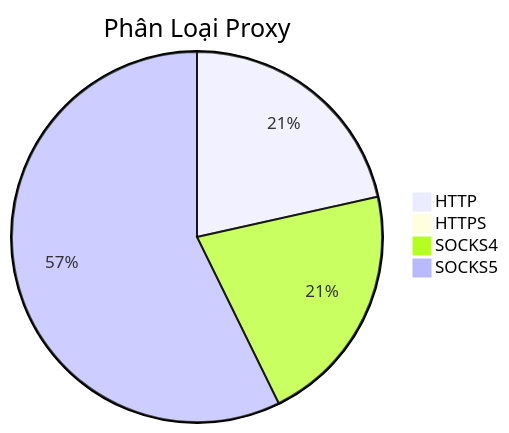
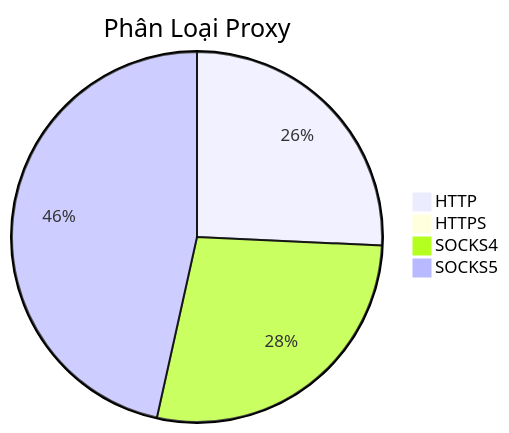
One commit to Ciara-Aa/PROXY-free changed the diagram in README.md. Above: the diagram before and after it, drawn with Mermaid. The commit also changed other lines of this file and 3 other files, not shown here.

````diff
--- a/README.md
+++ b/README.md
@@ -26,7 +26,7 @@
 ```mermaid
 pie title Phân Loại Proxy
-    "HTTP" : 222
+    "HTTP" : 307
     "HTTPS" : 2
-    "SOCKS4" : 219
-    "SOCKS5" : 591
+    "SOCKS4" : 331
+    "SOCKS5" : 555
 ```
````
